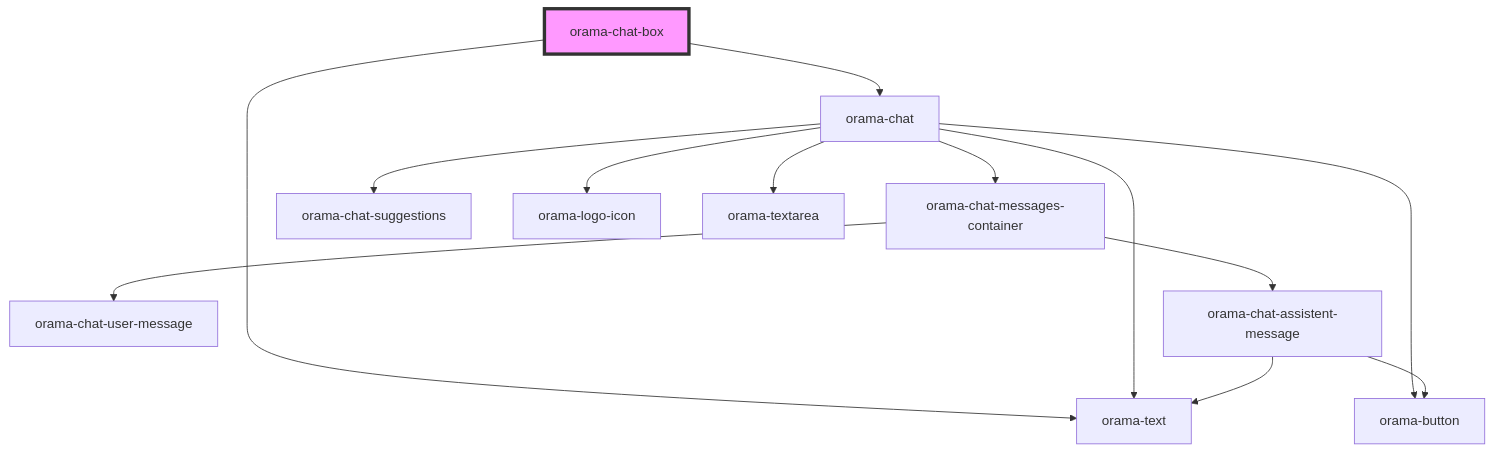
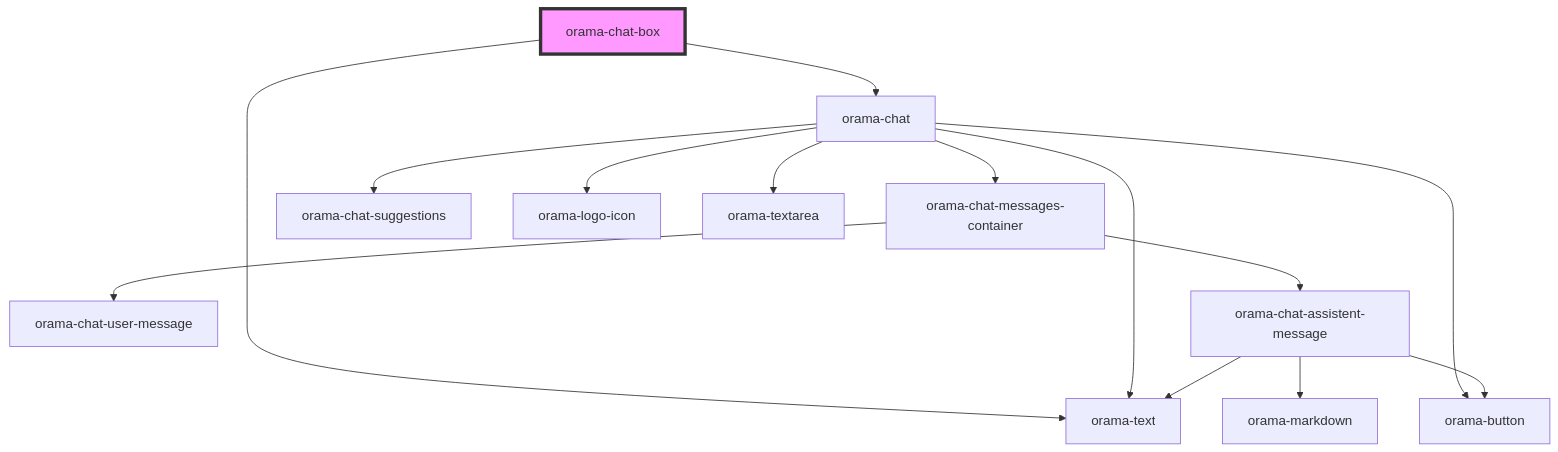
One commit to askorama/orama-ui-components changed the diagram in packages/ui-stencil/src/components/orama-chat-box/readme.md. Above: the diagram before and after it, drawn with Mermaid. The commit also changed 12 other files, not shown here.

````diff
--- a/packages/ui-stencil/src/components/orama-chat-box/readme.md
+++ b/packages/ui-stencil/src/components/orama-chat-box/readme.md
@@ -23,16 +23,17 @@
 ```mermaid
 graph TD;
   orama-chat-box --> orama-text
   orama-chat-box --> orama-chat
   orama-chat --> orama-chat-messages-container
   orama-chat --> orama-chat-suggestions
   orama-chat --> orama-logo-icon
   orama-chat --> orama-textarea
   orama-chat --> orama-button
   orama-chat --> orama-text
   orama-chat-messages-container --> orama-chat-user-message
   orama-chat-messages-container --> orama-chat-assistent-message
+  orama-chat-assistent-message --> orama-markdown
   orama-chat-assistent-message --> orama-button
   orama-chat-assistent-message --> orama-text
   style orama-chat-box fill:#f9f,stroke:#333,stroke-width:4px
 ```
````
